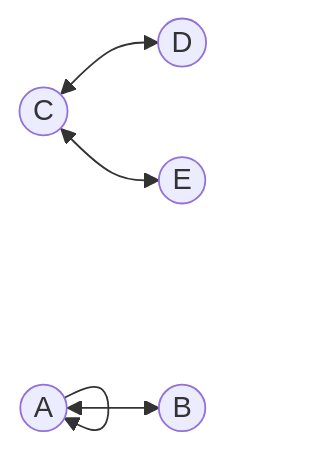
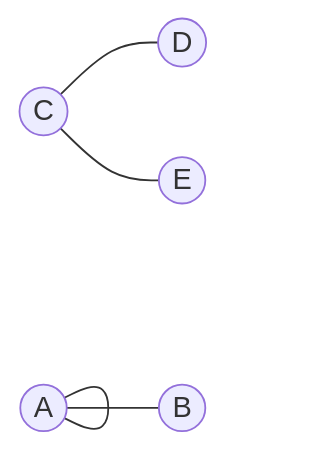
The sixth of 8 diagrams in Resumenes/Grafos.md (pala83/Practica-P3), drawn with Mermaid before and after one commit. The commit also changed other lines of this file and 8 other files, not shown here.

````diff
--- a/Resumenes/Grafos.md
+++ b/Resumenes/Grafos.md
@@ -88,12 +88,12 @@
 ``` mermaid
 graph LR
     A((A))
     B((B))
     C((C))
     D((D))
     E((E))
-    A --> A
-    A <--> B
-    C <--> D
-    C <--> E
+    A --- A
+    A --- B
+    C --- D
+    C --- E
 ```
````
